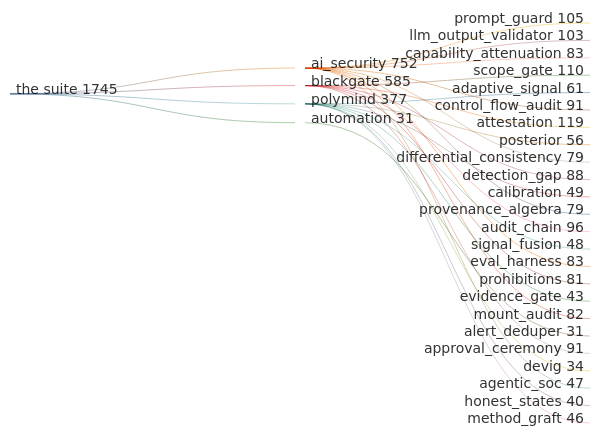
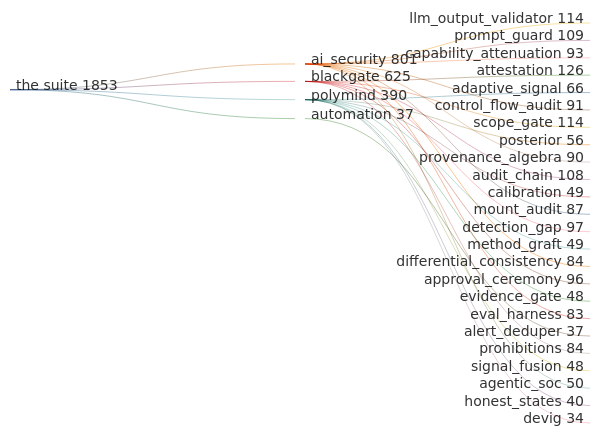
Before and after one commit to greeklinux/Showcase: the third of 5 diagrams in README.md, drawn with Mermaid. The commit also changed other lines of this file and 44 other files, not shown here.

````diff
--- a/README.md
+++ b/README.md
@@ -354,32 +354,32 @@
 ```mermaid
 sankey-beta
 
-the suite,ai_security,752
-the suite,blackgate,585
-the suite,polymind,377
-the suite,automation,31
-ai_security,prompt_guard,105
-ai_security,llm_output_validator,103
-ai_security,capability_attenuation,83
+the suite,ai_security,801
+the suite,blackgate,625
+the suite,polymind,390
+the suite,automation,37
+ai_security,llm_output_validator,114
+ai_security,prompt_guard,109
+ai_security,capability_attenuation,93
 ai_security,control_flow_audit,91
-ai_security,differential_consistency,79
-ai_security,provenance_algebra,79
+ai_security,provenance_algebra,90
+ai_security,mount_audit,87
+ai_security,differential_consistency,84
 ai_security,eval_harness,83
-ai_security,mount_audit,82
-ai_security,agentic_soc,47
-blackgate,scope_gate,110
-blackgate,attestation,119
-blackgate,detection_gap,88
-blackgate,audit_chain,96
-blackgate,prohibitions,81
-blackgate,approval_ceremony,91
-polymind,adaptive_signal,61
+ai_security,agentic_soc,50
+blackgate,attestation,126
+blackgate,scope_gate,114
+blackgate,audit_chain,108
+blackgate,detection_gap,97
+blackgate,approval_ceremony,96
+blackgate,prohibitions,84
+polymind,adaptive_signal,66
 polymind,posterior,56
 polymind,calibration,49
+polymind,method_graft,49
+polymind,evidence_gate,48
 polymind,signal_fusion,48
-polymind,evidence_gate,43
+polymind,honest_states,40
 polymind,devig,34
-polymind,honest_states,40
-polymind,method_graft,46
-automation,alert_deduper,31
+automation,alert_deduper,37
 ```
````
